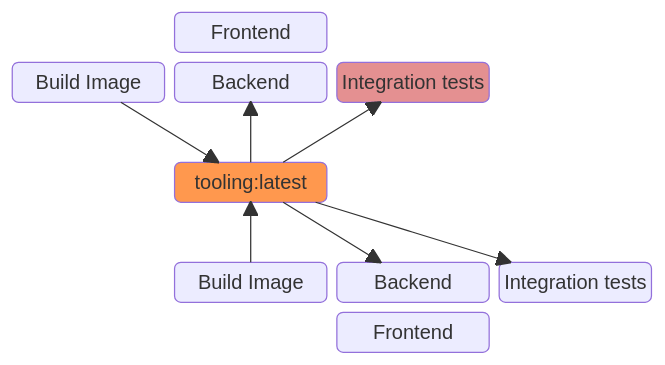
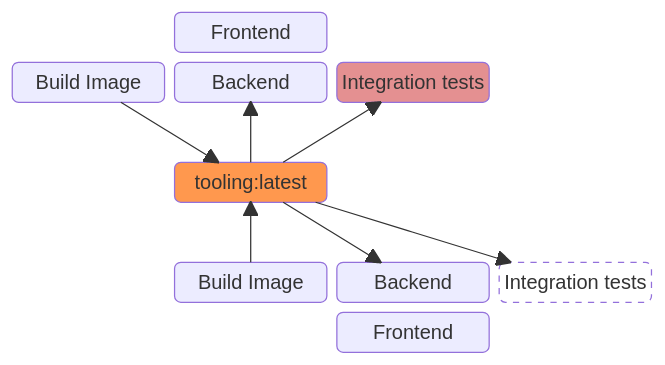
Before and after one commit to Raniz85/talks_pipeline-antipatterns: the third of 3 diagrams in pages/interference.md, drawn with Mermaid. The commit also changed other lines of this file, not shown here.

````diff
--- a/pages/interference.md
+++ b/pages/interference.md
@@ -58,22 +61,24 @@
 ```mermaid { theme: 'forest' }
 block-beta
     columns 4
     space 1f("Frontend") space:2
     1bi("Build Image") 1b("Backend") 1it("Integration tests") space
     space:4
     space r("tooling:latest") space:2
     space:4
     space 2bi("Build Image") 2b("Backend") 2it("Integration tests")
     space:2 2f("Frontend") space
     
     1bi-->r
     2bi-->r
     r-->1b
     r-->1it
     r-->2b
     r-->2it
     
     style r fill: #ff984e
     classDef failed fill: #e49091
     class 1it failed
+    classDef pending stroke-dasharray: 5 5, fill: #ffffff
+    class 2it pending
 ```
````
